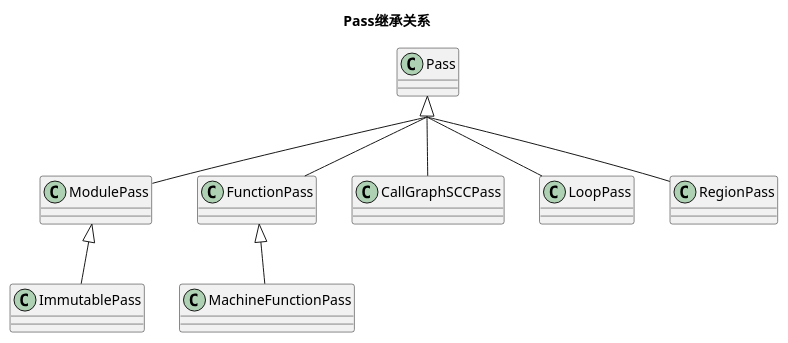
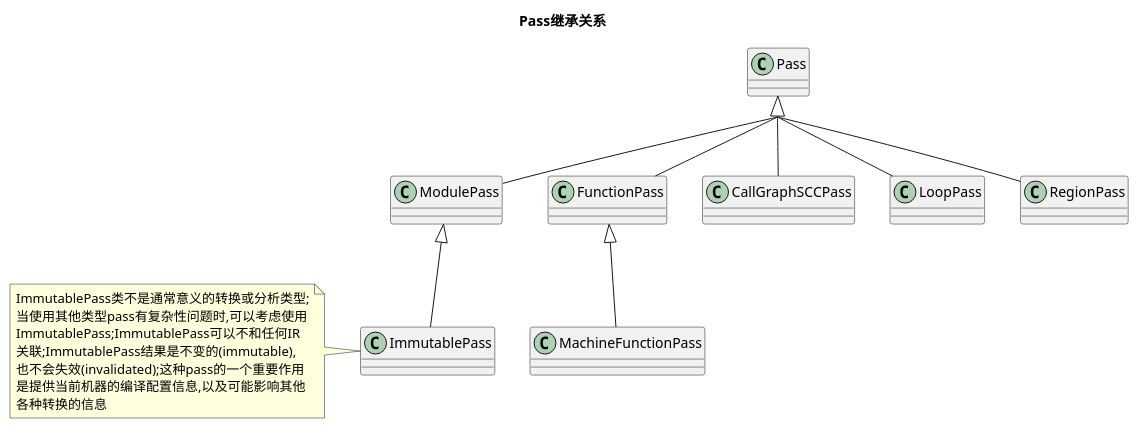
The diagram in chapter_2/plantuml/pass_inheritance.wsd (Jayson-du/ZPU_summary), drawn with PlantUML before and after one commit. The commit also changed 2 other files, not shown here.

Commit message:
build: learn legacy PassManager

```diff
--- a/chapter_2/plantuml/pass_inheritance.wsd
+++ b/chapter_2/plantuml/pass_inheritance.wsd
@@ -1,59 +1,68 @@
 @startuml
 
 title "Pass继承关系"
 
 skinparam groupInheritance 2
 
 ' *****
 ' 类声明
 ' *****
 class Pass {
 
 }
 
 class ModulePass {
 
 }
 
 class FunctionPass {
 
 }
 
 class CallGraphSCCPass {
 
 }
 
 class LoopPass {
 
 }
 
 class RegionPass {
 
 }
 
 class ImmutablePass {
 
 }
 
 class MachineFunctionPass {
 
 }
 
 ' *****
+' 注释
+' *****
+note "ImmutablePass类不是通常意义的转换或分析类型;\n当使用其他类型pass有复杂性问题时,可以考虑使用\nImmutablePass;ImmutablePass可以不和任何IR\n关联;ImmutablePass结果是不变的(immutable),\n也不会失效(invalidated);这种pass的一个重要作用\n是提供当前机器的编译配置信息,以及可能影响其他\n各种转换的信息" as note_Immu_spec
+
+' *****
 ' 类关系
 ' *****
 
 ' Pass 继承关系
 Pass                              <|-down-                    ModulePass
 Pass                              <|-down-                    FunctionPass
 Pass                              <|-down-                    CallGraphSCCPass
 Pass                              <|-down-                    LoopPass
 Pass                              <|-down-                    RegionPass
 
 ' ModulePass继承关系
 ModulePass                        <|-down-                    ImmutablePass
 
 ' FunctionPass继承关系
 FunctionPass                      <|-down-                    MachineFunctionPass
 
+' *****
+' 注释
+note_Immu_spec                    .>                          ImmutablePass
+
 @enduml
```
